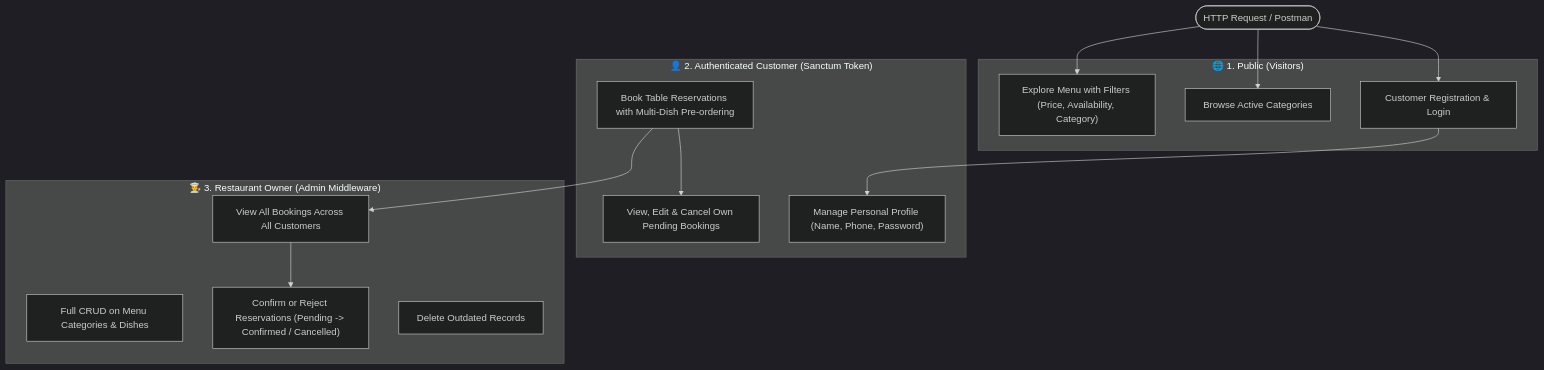
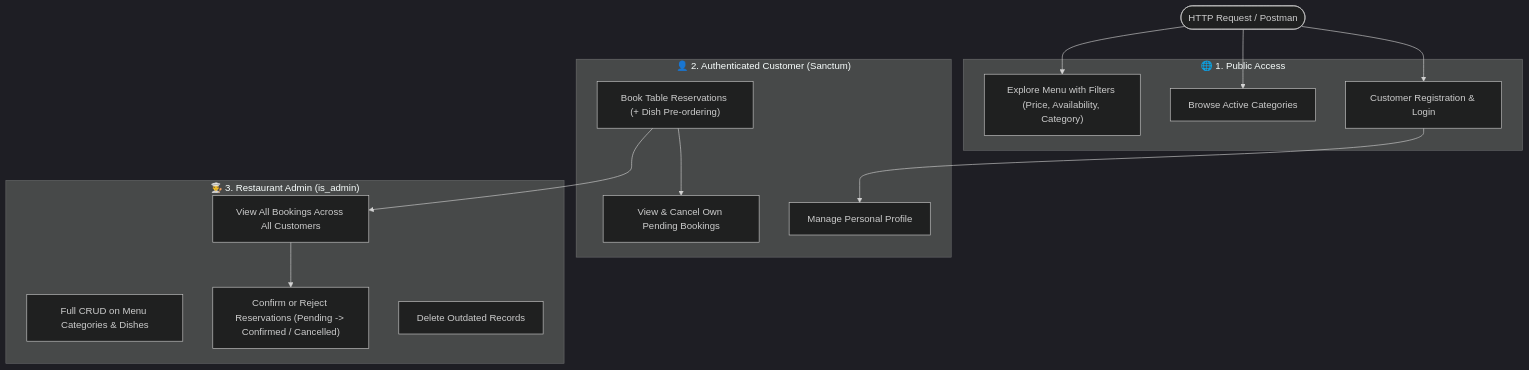
The first of 3 diagrams in README.md (Afonsojlc/restaurant-api), drawn with Mermaid (dark theme) before and after one commit. The commit also changed other lines of this file, not shown here.

````diff
--- a/README.md
+++ b/README.md
@@ -18,30 +19,30 @@
 ```mermaid
 flowchart TD
     Client([HTTP Request / Postman])
     
-    subgraph Tier1 ["🌐 1. Public (Visitors)"]
+    subgraph Tier1 ["🌐 1. Public Access"]
         T1_Cat["Browse Active Categories"]
         T1_Menu["Explore Menu with Filters (Price, Availability, Category)"]
         T1_Auth["Customer Registration & Login"]
     end
 
-    subgraph Tier2 ["👤 2. Authenticated Customer (Sanctum Token)"]
-        T2_Profile["Manage Personal Profile (Name, Phone, Password)"]
-        T2_Book["Book Table Reservations with Multi-Dish Pre-ordering"]
-        T2_Manage["View, Edit & Cancel Own Pending Bookings"]
+    subgraph Tier2 ["👤 2. Authenticated Customer (Sanctum)"]
+        T2_Profile["Manage Personal Profile"]
+        T2_Book["Book Table Reservations (+ Dish Pre-ordering)"]
+        T2_Manage["View & Cancel Own Pending Bookings"]
     end
 
-    subgraph Tier3 ["👨‍🍳 3. Restaurant Owner (Admin Middleware)"]
+    subgraph Tier3 ["👨‍🍳 3. Restaurant Admin (is_admin)"]
         T3_Menu["Full CRUD on Menu Categories & Dishes"]
         T3_Audit["View All Bookings Across All Customers"]
         T3_Status["Confirm or Reject Reservations (Pending -> Confirmed / Cancelled)"]
         T3_Purge["Delete Outdated Records"]
     end
 
     Client --> T1_Auth --> T2_Profile
     Client --> T1_Cat
     Client --> T1_Menu
     T2_Book --> T2_Manage
     T2_Book --> T3_Audit
     T3_Audit --> T3_Status
 ```
````
